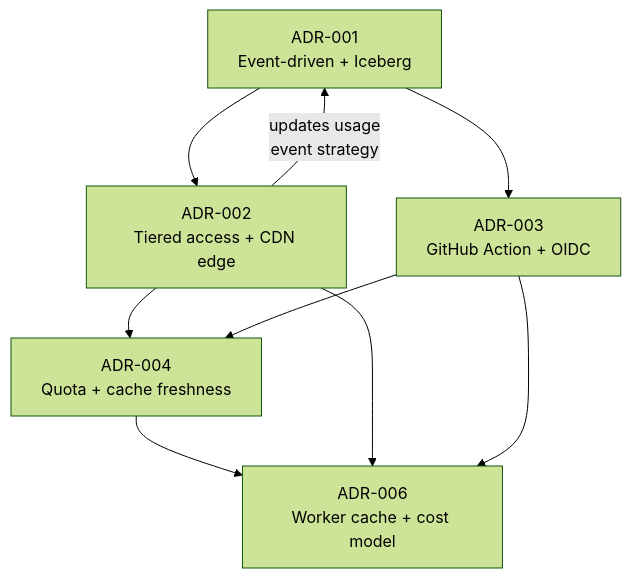
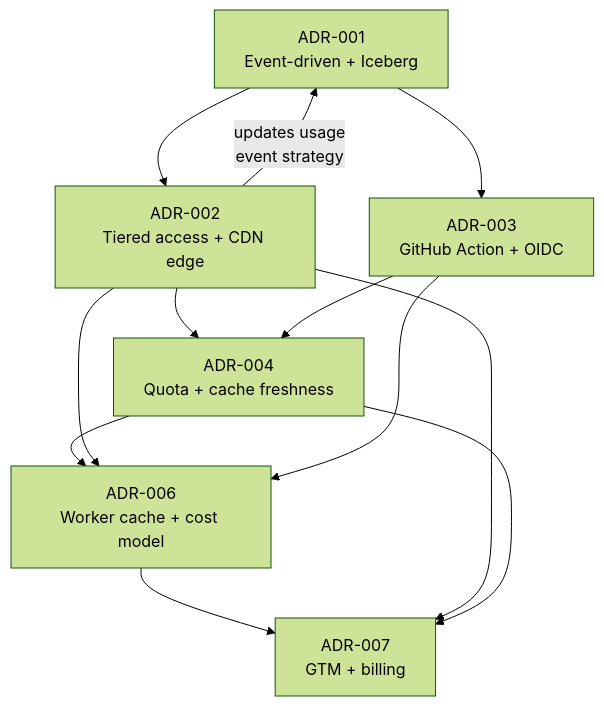
One commit to isitalive/isitalive changed the diagram in docs/adr/005-architecture-summary.md. Above: the diagram before and after it, drawn with Mermaid (forest theme). The commit also changed other lines of this file and 4 other files, not shown here.

First line of the commit message:
docs: finalize pricing strategy and add ADR-007 GTM & Billing

````diff
--- a/docs/adr/005-architecture-summary.md
+++ b/docs/adr/005-architecture-summary.md
@@ -55,11 +59,14 @@
 ```mermaid
 graph TD
     A["ADR-001<br/>Event-driven + Iceberg"] --> B["ADR-002<br/>Tiered access + CDN edge"]
     A --> C["ADR-003<br/>GitHub Action + OIDC"]
     B --> D["ADR-004<br/>Quota + cache freshness"]
     C --> D
     B -->|"updates usage<br/>event strategy"| A
     D --> E["ADR-006<br/>Worker cache + cost model"]
     B --> E
     C --> E
+    E --> F["ADR-007<br/>GTM + billing"]
+    B --> F
+    D --> F
 ```
````
